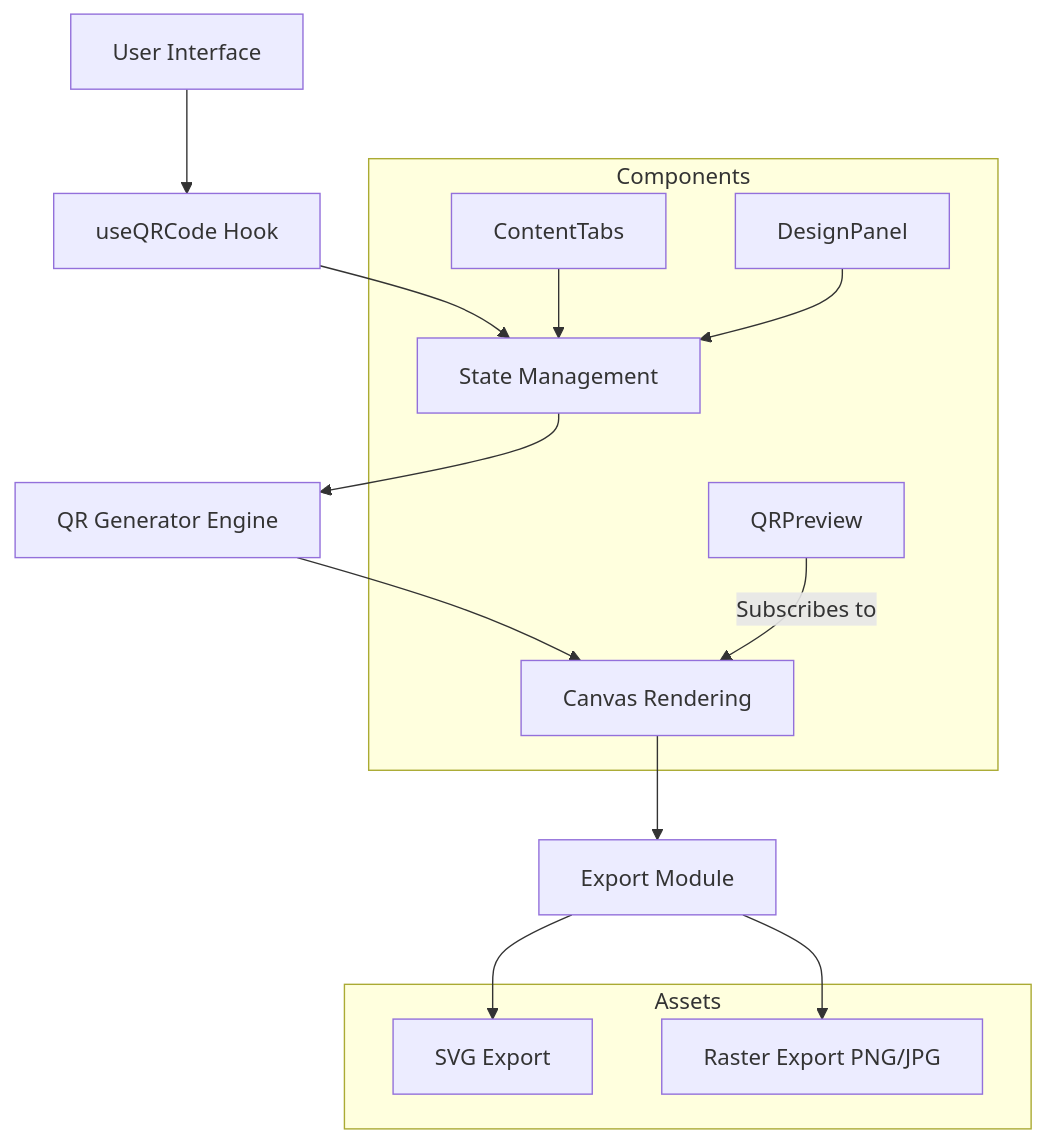
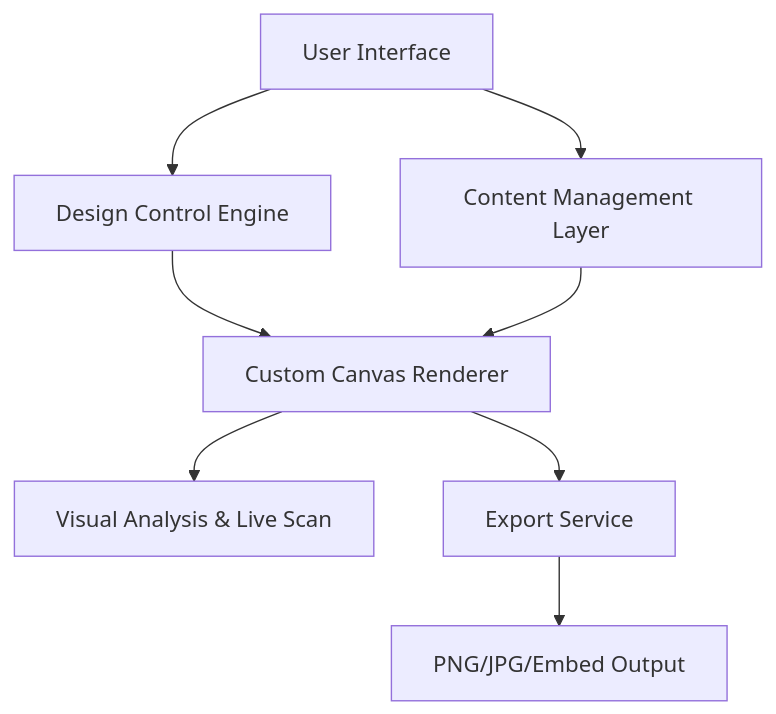
One commit to katto-1204/qrafter changed the diagram in README.md. Above: the diagram before and after it, drawn with Mermaid. The commit also changed other lines of this file and 1 other file, not shown here.

Commit message:
feat: Add Generator page and update README with core capabilities, architecture, and technical specifications.

````diff
--- a/README.md
+++ b/README.md
@@ -17,22 +33,10 @@
 ```mermaid
 graph TD
-    A[User Interface] --> B[useQRCode Hook]
-    B --> C[State Management]
-    C --> D[QR Generator Engine]
-    D --> E[Canvas Rendering]
-    E --> F[Export Module]
-    
-    subgraph Components
-    G[ContentTabs] --> C
-    H[DesignPanel] --> C
-    I[QRPreview] -- Subscribes to --> E
-    end
-    
-    subgraph Assets
-    J[SVG Export]
-    K[Raster Export PNG/JPG]
-    end
-    
-    F --> J
-    F --> K
+    A[User Interface] --> B[Design Control Engine]
+    A --> C[Content Management Layer]
+    B --> D[Custom Canvas Renderer]
+    C --> D
+    D --> E[Visual Analysis & Live Scan]
+    D --> F[Export Service]
+    F --> G[PNG/JPG/Embed Output]
 ```
````
